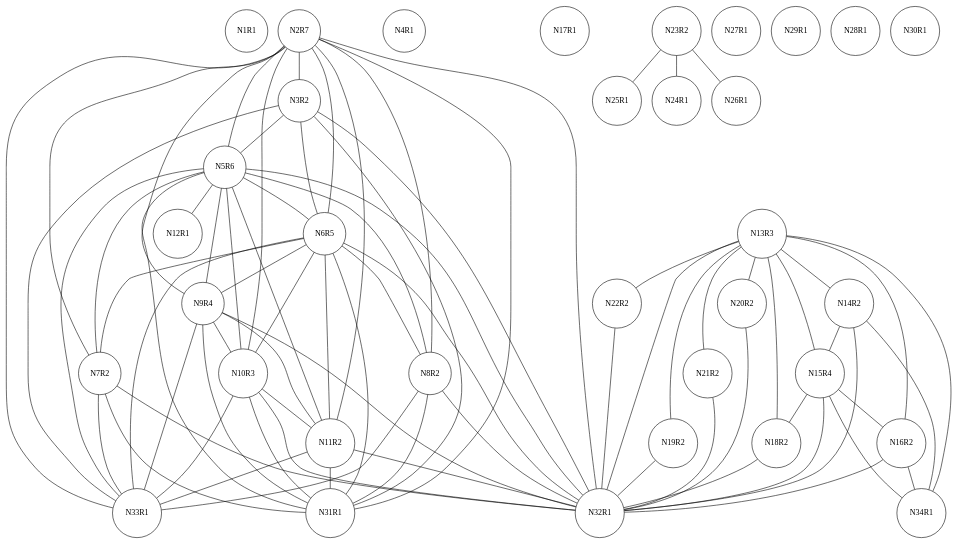
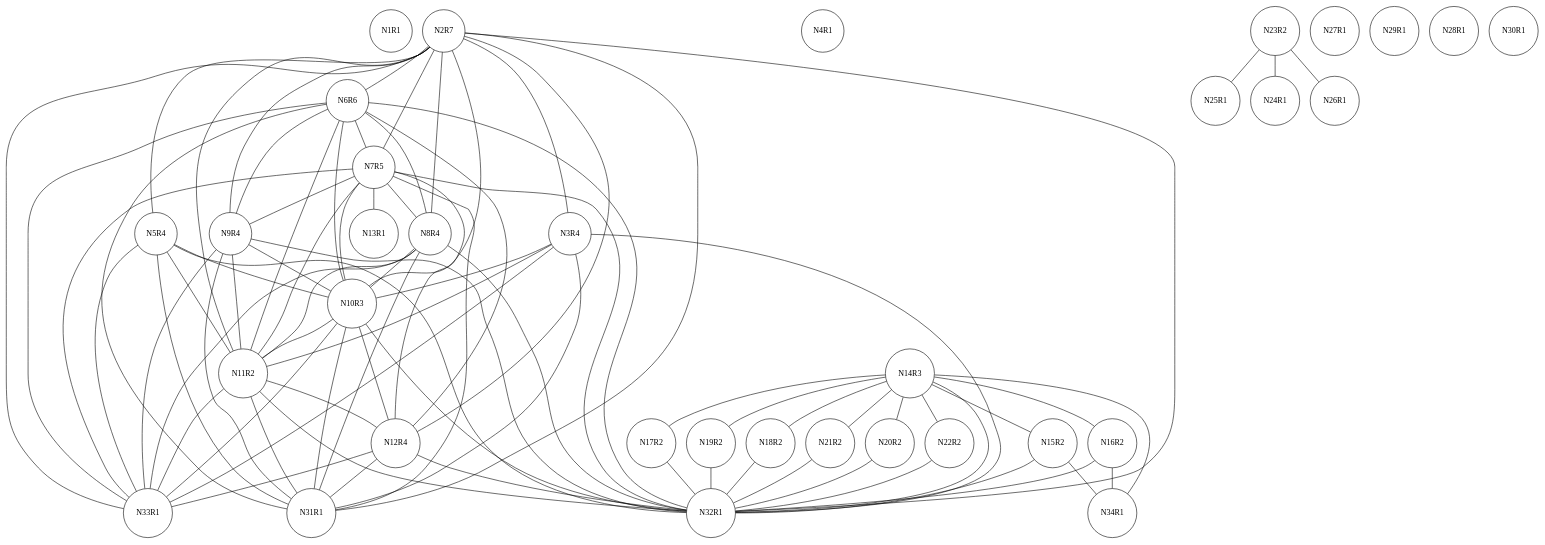
One commit to chris-wood/PL241-Compiler changed the diagram in project/factorial.txt.ig.dot. Above: the diagram before and after it, drawn with Graphviz. The commit also changed 15 other files, not shown here.

```diff
--- a/project/factorial.txt.ig.dot
+++ b/project/factorial.txt.ig.dot
@@ -1,116 +1,122 @@
 graph ig {
     node [shape = circle];
     N1R1;
     N2R7;
-    N3R2;
+    N3R4;
     N4R1;
-    N5R6;
-    N6R5;
-    N7R2;
-    N8R2;
+    N5R4;
+    N6R6;
+    N7R5;
+    N8R4;
     N9R4;
     N10R3;
     N11R2;
-    N12R1;
-    N13R3;
-    N14R2;
-    N15R4;
-    N17R1;
+    N12R4;
+    N13R1;
+    N14R3;
+    N15R2;
+    N17R2;
     N16R2;
     N19R2;
     N18R2;
     N21R2;
     N20R2;
     N23R2;
     N22R2;
     N25R1;
     N24R1;
     N27R1;
     N26R1;
     N29R1;
     N28R1;
     N31R1;
     N30R1;
     N34R1;
     N32R1;
     N33R1;
+    N2R7 -- N7R5;
+    N2R7 -- N6R6;
     N2R7 -- N32R1;
     N2R7 -- N33R1;
-    N2R7 -- N6R5;
-    N2R7 -- N5R6;
     N2R7 -- N11R2;
     N2R7 -- N10R3;
     N2R7 -- N9R4;
+    N2R7 -- N8R4;
     N2R7 -- N31R1;
-    N2R7 -- N8R2;
-    N2R7 -- N7R2;
-    N2R7 -- N3R2;
-    N3R2 -- N32R1;
-    N3R2 -- N33R1;
-    N3R2 -- N6R5;
-    N3R2 -- N31R1;
-    N3R2 -- N5R6;
-    N5R6 -- N9R4;
-    N5R6 -- N6R5;
-    N5R6 -- N32R1;
-    N5R6 -- N33R1;
-    N5R6 -- N11R2;
-    N5R6 -- N10R3;
-    N5R6 -- N31R1;
-    N5R6 -- N12R1;
-    N5R6 -- N8R2;
-    N5R6 -- N7R2;
-    N6R5 -- N9R4;
-    N6R5 -- N32R1;
-    N6R5 -- N33R1;
-    N6R5 -- N11R2;
-    N6R5 -- N10R3;
-    N6R5 -- N31R1;
-    N6R5 -- N8R2;
-    N6R5 -- N7R2;
-    N7R2 -- N32R1;
-    N7R2 -- N33R1;
-    N7R2 -- N31R1;
-    N8R2 -- N32R1;
-    N8R2 -- N31R1;
-    N8R2 -- N33R1;
+    N2R7 -- N12R4;
+    N2R7 -- N5R4;
+    N2R7 -- N3R4;
+    N3R4 -- N32R1;
+    N3R4 -- N33R1;
+    N3R4 -- N11R2;
+    N3R4 -- N10R3;
+    N3R4 -- N31R1;
+    N5R4 -- N32R1;
+    N5R4 -- N33R1;
+    N5R4 -- N11R2;
+    N5R4 -- N10R3;
+    N5R4 -- N31R1;
+    N6R6 -- N11R2;
+    N6R6 -- N10R3;
+    N6R6 -- N9R4;
+    N6R6 -- N7R5;
+    N6R6 -- N32R1;
+    N6R6 -- N33R1;
+    N6R6 -- N8R4;
+    N6R6 -- N31R1;
+    N6R6 -- N12R4;
+    N7R5 -- N10R3;
+    N7R5 -- N9R4;
+    N7R5 -- N32R1;
+    N7R5 -- N33R1;
+    N7R5 -- N11R2;
+    N7R5 -- N8R4;
+    N7R5 -- N31R1;
+    N7R5 -- N12R4;
+    N7R5 -- N13R1;
+    N8R4 -- N32R1;
+    N8R4 -- N33R1;
+    N8R4 -- N11R2;
+    N8R4 -- N10R3;
+    N8R4 -- N31R1;
+    N9R4 -- N32R1;
+    N9R4 -- N33R1;
     N9R4 -- N11R2;
     N9R4 -- N10R3;
-    N9R4 -- N32R1;
-    N9R4 -- N33R1;
     N9R4 -- N31R1;
     N10R3 -- N11R2;
     N10R3 -- N32R1;
     N10R3 -- N33R1;
     N10R3 -- N31R1;
+    N10R3 -- N12R4;
     N11R2 -- N32R1;
     N11R2 -- N33R1;
     N11R2 -- N31R1;
-    N13R3 -- N20R2;
-    N13R3 -- N19R2;
-    N13R3 -- N18R2;
-    N13R3 -- N34R1;
-    N13R3 -- N32R1;
-    N13R3 -- N22R2;
-    N13R3 -- N21R2;
-    N13R3 -- N16R2;
-    N13R3 -- N15R4;
-    N13R3 -- N14R2;
-    N14R2 -- N15R4;
-    N14R2 -- N34R1;
-    N14R2 -- N32R1;
-    N15R4 -- N32R1;
-    N15R4 -- N16R2;
-    N15R4 -- N34R1;
-    N15R4 -- N18R2;
+    N11R2 -- N12R4;
+    N12R4 -- N32R1;
+    N12R4 -- N33R1;
+    N12R4 -- N31R1;
+    N14R3 -- N20R2;
+    N14R3 -- N19R2;
+    N14R3 -- N18R2;
+    N14R3 -- N32R1;
+    N14R3 -- N34R1;
+    N14R3 -- N22R2;
+    N14R3 -- N21R2;
+    N14R3 -- N16R2;
+    N14R3 -- N17R2;
+    N14R3 -- N15R2;
+    N15R2 -- N32R1;
+    N15R2 -- N34R1;
+    N17R2 -- N32R1;
     N16R2 -- N32R1;
     N16R2 -- N34R1;
     N19R2 -- N32R1;
     N18R2 -- N32R1;
     N21R2 -- N32R1;
     N20R2 -- N32R1;
     N23R2 -- N26R1;
     N23R2 -- N25R1;
     N23R2 -- N24R1;
     N22R2 -- N32R1;
 }
```
